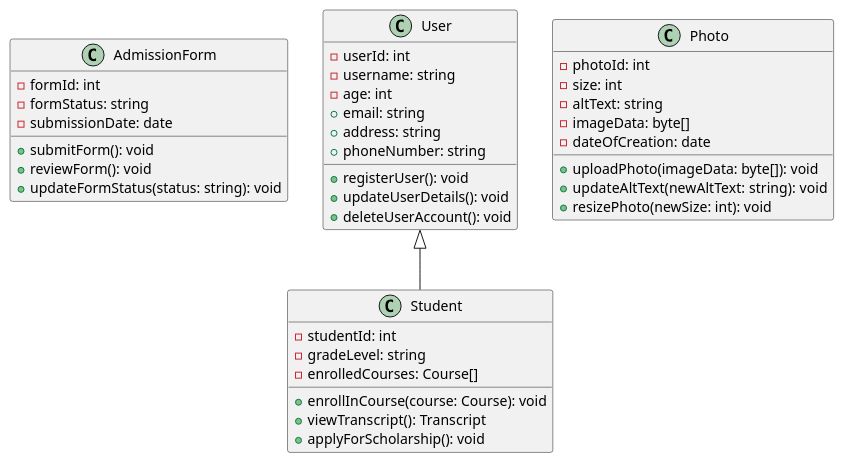
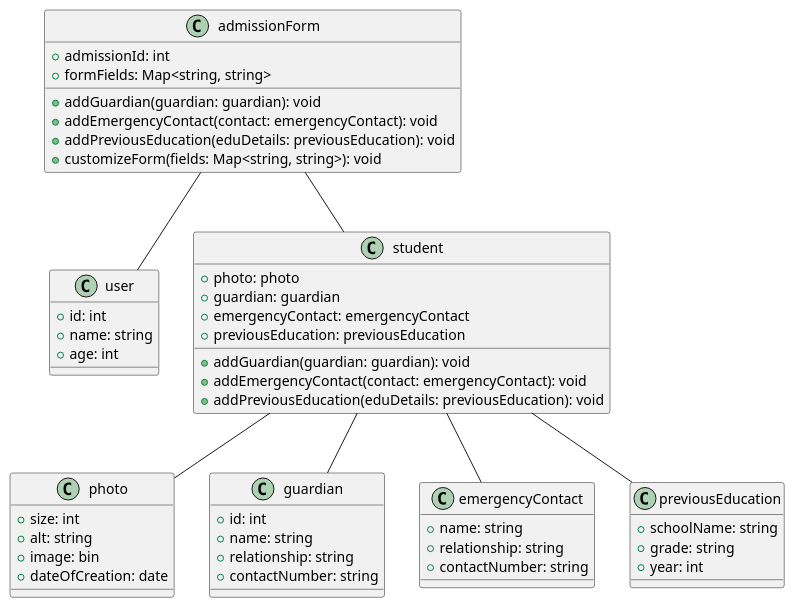
Before and after one commit to anshium/DASS-Assignment-3-IMS-System-Design: the diagram in admissions.plantuml, drawn with PlantUML.

Commit message:
update: admissions

```diff
--- a/admissions.plantuml
+++ b/admissions.plantuml
@@ -1,44 +1,60 @@
-@startuml admissions
-
-class AdmissionForm {
-    - formId: int
-    - formStatus: string
-    - submissionDate: date
-    + submitForm(): void
-    + reviewForm(): void
-    + updateFormStatus(status: string): void
+@startuml
+class admissionForm {
+  + admissionId: int
+  + formFields: Map<string, string>
+  + addGuardian(guardian: guardian): void
+  + addEmergencyContact(contact: emergencyContact): void
+  + addPreviousEducation(eduDetails: previousEducation): void
+  + customizeForm(fields: Map<string, string>): void
 }
 
-class User {
-    - userId: int
-    - username: string
-    - age: int
-    + email: string
-    + address: string
-    + phoneNumber: string
-    + registerUser(): void
-    + updateUserDetails(): void
-    + deleteUserAccount(): void
+class user {
+  + id: int
+  + name: string
+  + age: int
 }
 
-class Student extends User {
-    - studentId: int
-    - gradeLevel: string
-    - enrolledCourses: Course[]
-    + enrollInCourse(course: Course): void
-    + viewTranscript(): Transcript
-    + applyForScholarship(): void
+class student {
+  + photo: photo
+  + guardian: guardian
+  + emergencyContact: emergencyContact
+  + previousEducation: previousEducation
+  + addGuardian(guardian: guardian): void
+  + addEmergencyContact(contact: emergencyContact): void
+  + addPreviousEducation(eduDetails: previousEducation): void
 }
 
-class Photo {
-    - photoId: int
-    - size: int
-    - altText: string
-    - imageData: byte[]
-    - dateOfCreation: date
-    + uploadPhoto(imageData: byte[]): void
-    + updateAltText(newAltText: string): void
-    + resizePhoto(newSize: int): void
+class photo {
+  + size: int
+  + alt: string
+  + image: bin
+  + dateOfCreation: date
 }
 
+class guardian {
+  + id: int
+  + name: string
+  + relationship: string
+  + contactNumber: string
+}
+
+class emergencyContact {
+  + name: string
+  + relationship: string
+  + contactNumber: string
+}
+
+class previousEducation {
+  + schoolName: string
+  + grade: string
+  + year: int
+}
+
+admissionForm -- user
+admissionForm -- student
+student -- photo
+student -- guardian
+student -- emergencyContact
+student -- previousEducation
+
 @enduml
```
